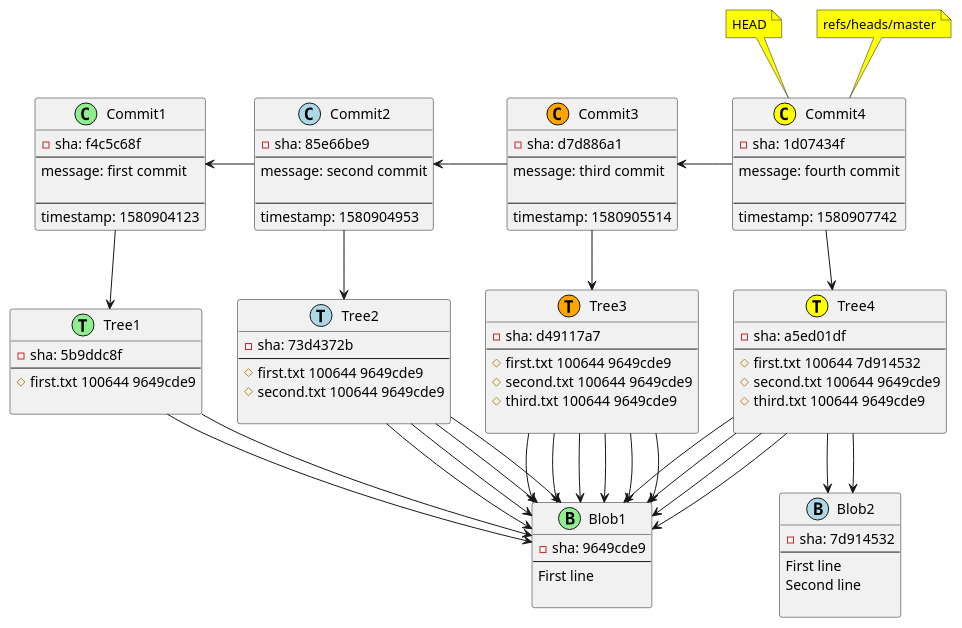
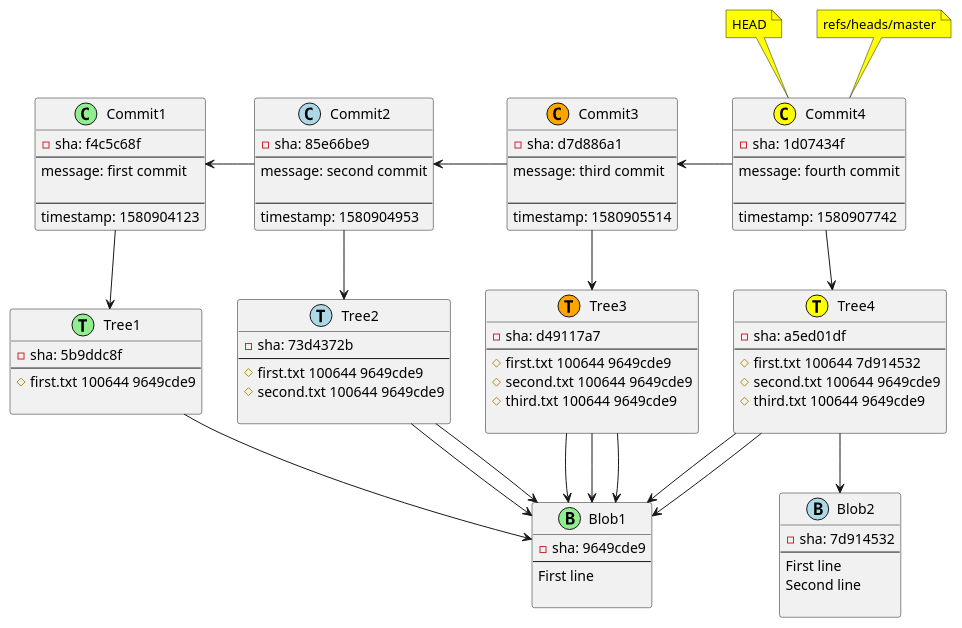
The diagram in src/main/resources/diagram.adoc (tsypuk/git2plantuml), drawn with PlantUML before and after one commit. The commit also changed 3 other files, not shown here.

Commit message:
fix the issue with duplicated tree->blob references

```diff
--- a/src/main/resources/diagram.adoc
+++ b/src/main/resources/diagram.adoc
@@ -1,4 +1,4 @@
-[plantuml, c9e2881b-ef46-4c93-8dcc-eb7093007631, png, title="Git repository snapshot: 4 commits, 4 trees, 2 blobs, 2 refs: HEAD,refs/heads/master", width=1000, height=1000]
+[plantuml, 441049cd-a519-4313-9b80-6986248e4e8e, png, title="Git repository snapshot: 4 commits, 4 trees, 2 blobs, 2 refs: HEAD,refs/heads/master", width=1000, height=1000]
 ....
 class Commit4 <<(C,yellow)>> {
 -sha: 1d07434f
@@ -81,20 +81,11 @@
 Tree4 --> Blob2
 Tree4 --> Blob1
 Tree4 --> Blob1
-Tree4 --> Blob2
-Tree4 --> Blob1
-Tree4 --> Blob1
-Tree3 --> Blob1
-Tree3 --> Blob1
-Tree3 --> Blob1
 Tree3 --> Blob1
 Tree3 --> Blob1
 Tree3 --> Blob1
 Tree2 --> Blob1
 Tree2 --> Blob1
-Tree2 --> Blob1
-Tree2 --> Blob1
-Tree1 --> Blob1
 Tree1 --> Blob1
 Commit2 -l-> Commit1
 Commit4 -l-> Commit3
```
